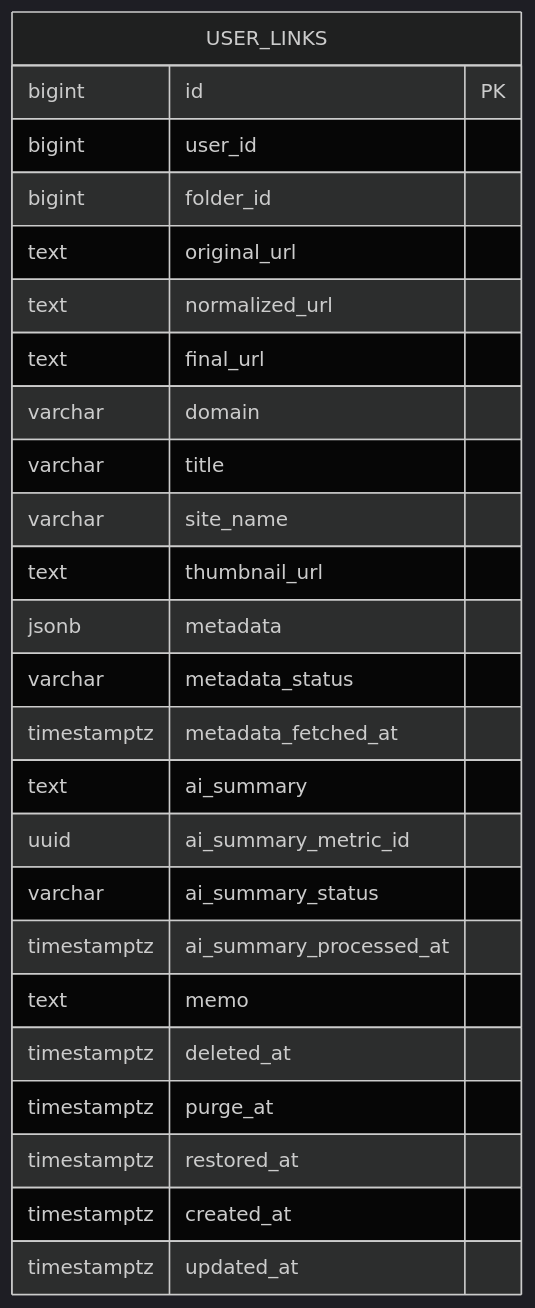
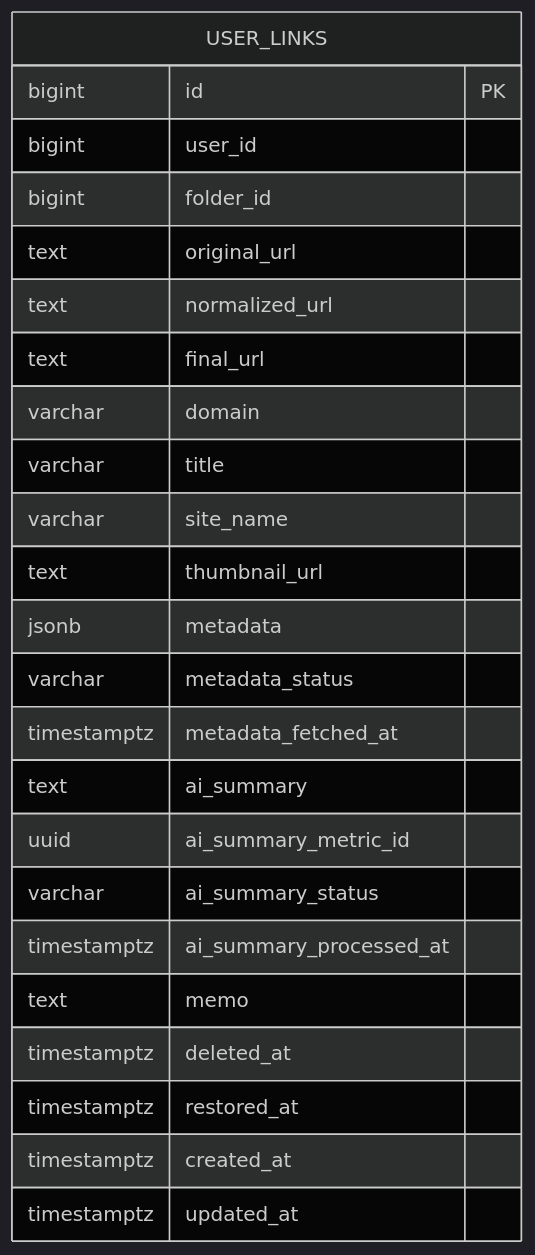
Before and after one commit to mash-up-kr/Promise.9-Server: the diagram in docs/database/tables/user_links.md, drawn with Mermaid (dark theme). The commit also changed other lines of this file, not shown here.

````diff
--- a/docs/database/tables/user_links.md
+++ b/docs/database/tables/user_links.md
@@ -7,28 +7,27 @@
 ```mermaid
 erDiagram
   USER_LINKS {
     bigint id PK
     bigint user_id
     bigint folder_id
     text original_url
     text normalized_url
     text final_url
     varchar domain
     varchar title
     varchar site_name
     text thumbnail_url
     jsonb metadata
     varchar metadata_status
     timestamptz metadata_fetched_at
     text ai_summary
     uuid ai_summary_metric_id
     varchar ai_summary_status
     timestamptz ai_summary_processed_at
     text memo
     timestamptz deleted_at
-    timestamptz purge_at
     timestamptz restored_at
     timestamptz created_at
     timestamptz updated_at
   }
 ```
````
